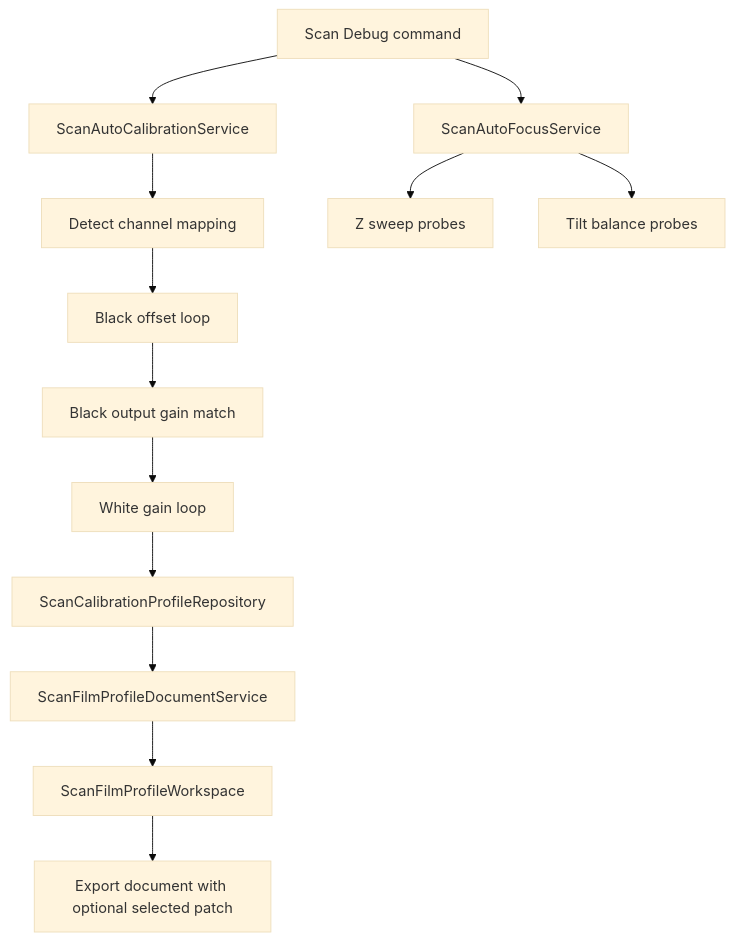
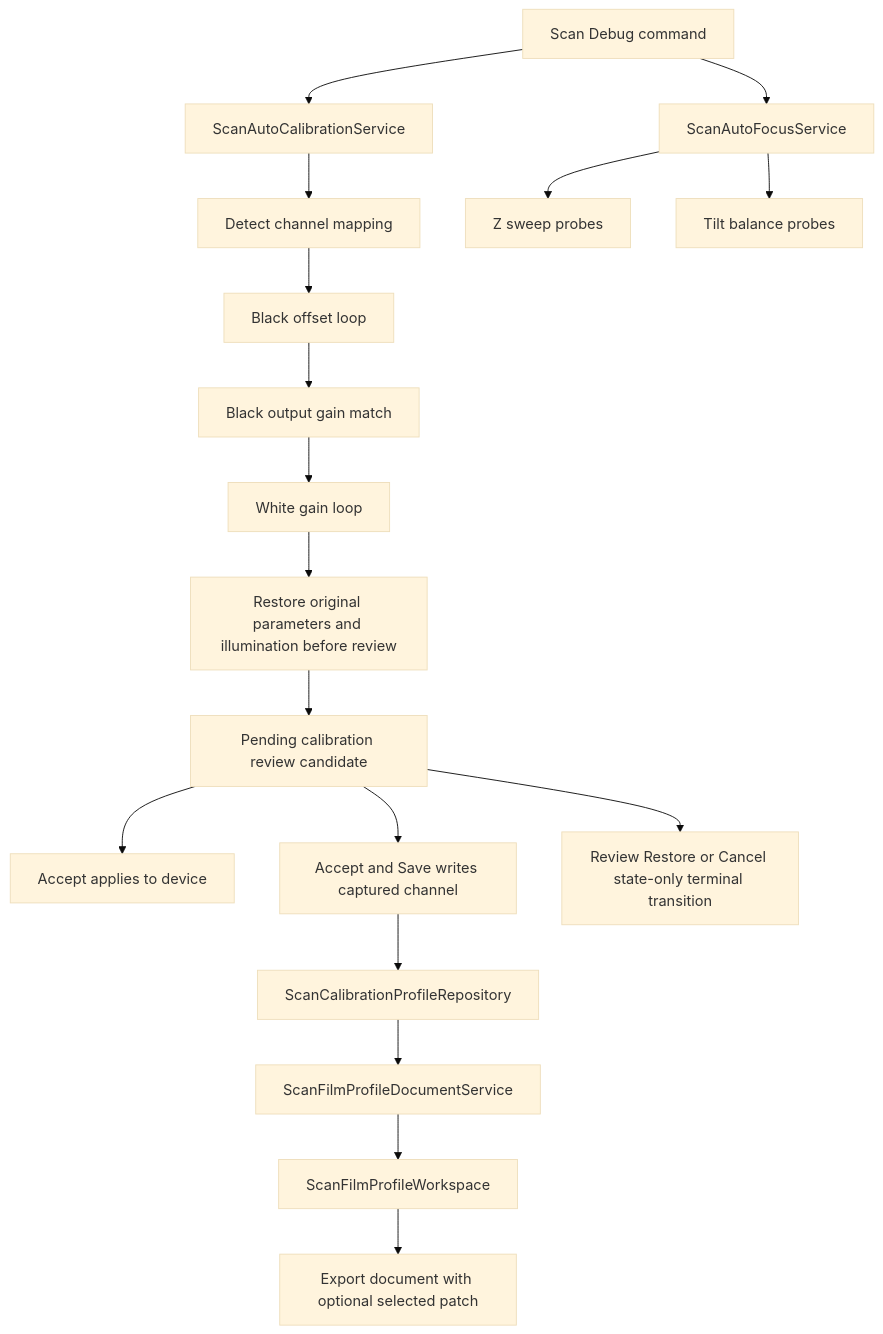
Before and after one commit to mr258876/PRISM-Utility: the diagram in docs/architecture/calibration-autofocus-film-profiles.md, drawn with Mermaid (base theme). The commit also changed other lines of this file and 108 other files, not shown here.

````diff
--- a/docs/architecture/calibration-autofocus-film-profiles.md
+++ b/docs/architecture/calibration-autofocus-film-profiles.md
@@ -40,15 +40,20 @@
 ```mermaid
 flowchart TD
     UI[Scan Debug command] --> CAL[ScanAutoCalibrationService]
     CAL --> MAP[Detect channel mapping]
     MAP --> BLACK[Black offset loop]
     BLACK --> GAIN[Black output gain match]
     GAIN --> WHITE[White gain loop]
-    WHITE --> REPO[ScanCalibrationProfileRepository]
+    WHITE --> RESTORED[Restore original parameters and illumination before review]
+    RESTORED --> PENDING[Pending calibration review candidate]
+    PENDING --> ACCEPT[Accept applies to device]
+    PENDING --> SAVE[Accept and Save writes captured channel]
+    PENDING --> RESTORE[Review Restore or Cancel state-only terminal transition]
     UI --> AF[ScanAutoFocusService]
     AF --> ZS[Z sweep probes]
     AF --> TILT[Tilt balance probes]
+    SAVE --> REPO[ScanCalibrationProfileRepository]
     REPO --> DOC[ScanFilmProfileDocumentService]
     DOC --> WS[ScanFilmProfileWorkspace]
     WS --> EXPORT[Export document with optional selected patch]
 ```
````
